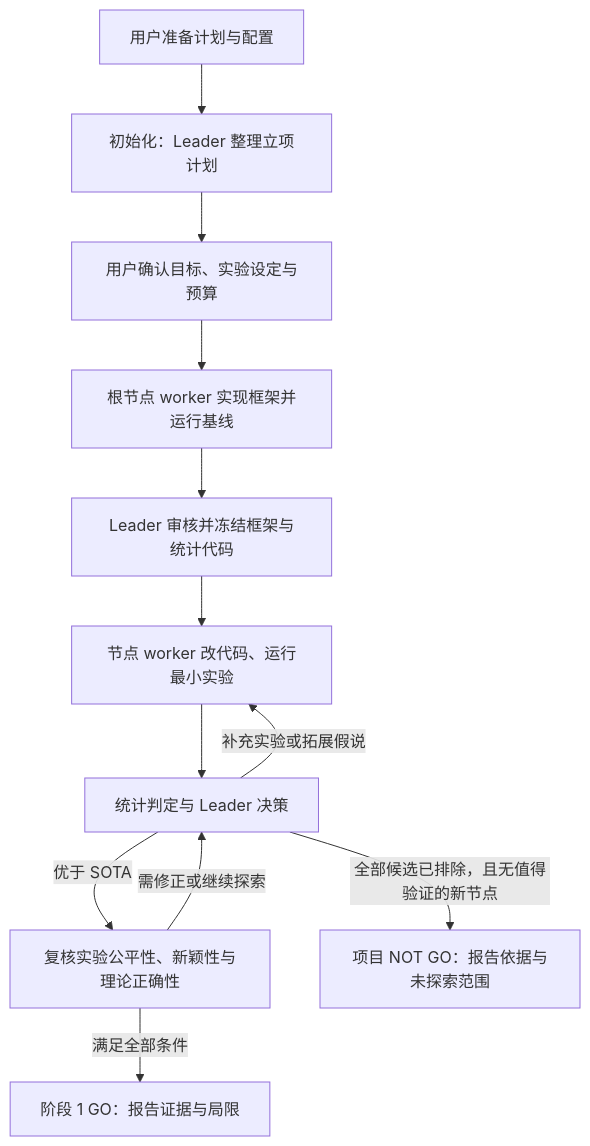
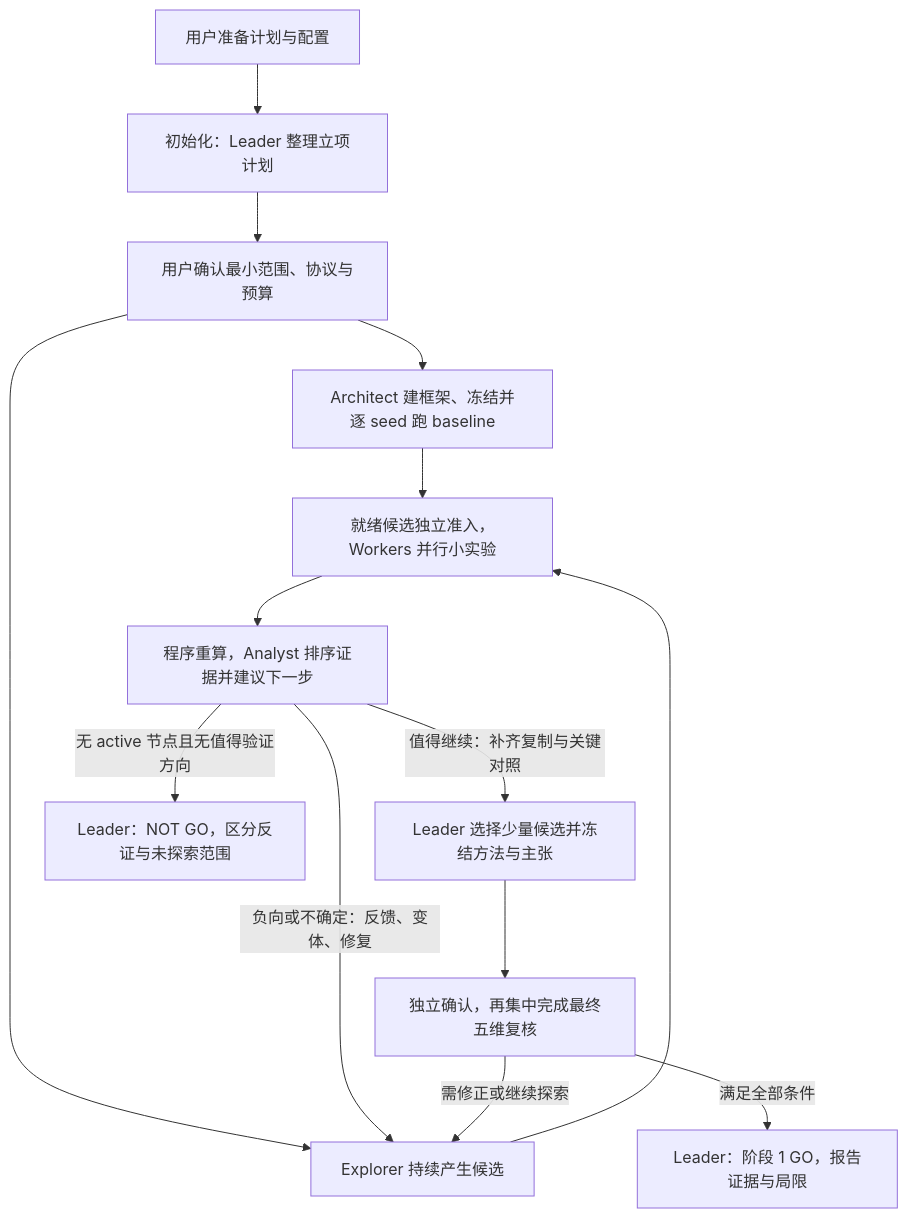
Before and after one commit to UnbearableFate/research-tree: the diagram in README.md, drawn with Mermaid. The commit also changed other lines of this file and 45 other files, not shown here.

````diff
--- a/README.md
+++ b/README.md
@@ -135,14 +139,16 @@
 ```mermaid
 flowchart TD
     A["用户准备计划与配置"] --> B["初始化：Leader 整理立项计划"]
-    B --> C["用户确认目标、实验设定与预算"]
-    C --> D["根节点 worker 实现框架并运行基线"]
-    D --> E["Leader 审核并冻结框架与统计代码"]
-    E --> F["节点 worker 改代码、运行最小实验"]
-    F --> G["统计判定与 Leader 决策"]
-    G -->|"补充实验或拓展假说"| F
-    G -->|"优于 SOTA"| H["复核实验公平性、新颖性与理论正确性"]
-    H -->|"满足全部条件"| I["阶段 1 GO：报告证据与局限"]
-    H -->|"需修正或继续探索"| G
-    G -->|"全部候选已排除，且无值得验证的新节点"| J["项目 NOT GO：报告依据与未探索范围"]
+    B --> C["用户确认最小范围、协议与预算"]
+    C --> D["Architect 建框架、冻结并逐 seed 跑 baseline"]
+    C --> X["Explorer 持续产生候选"]
+    D --> F["就绪候选独立准入，Workers 并行小实验"]
+    X --> F
+    F --> G["程序重算，Analyst 排序证据并建议下一步"]
+    G -->|"负向或不确定：反馈、变体、修复"| X
+    G -->|"值得继续：补齐复制与关键对照"| H["Leader 选择少量候选并冻结方法与主张"]
+    H --> K["独立确认，再集中完成最终五维复核"]
+    K -->|"满足全部条件"| I["Leader：阶段 1 GO，报告证据与局限"]
+    K -->|"需修正或继续探索"| X
+    G -->|"无 active 节点且无值得验证方向"| J["Leader：NOT GO，区分反证与未探索范围"]
 ```
````
